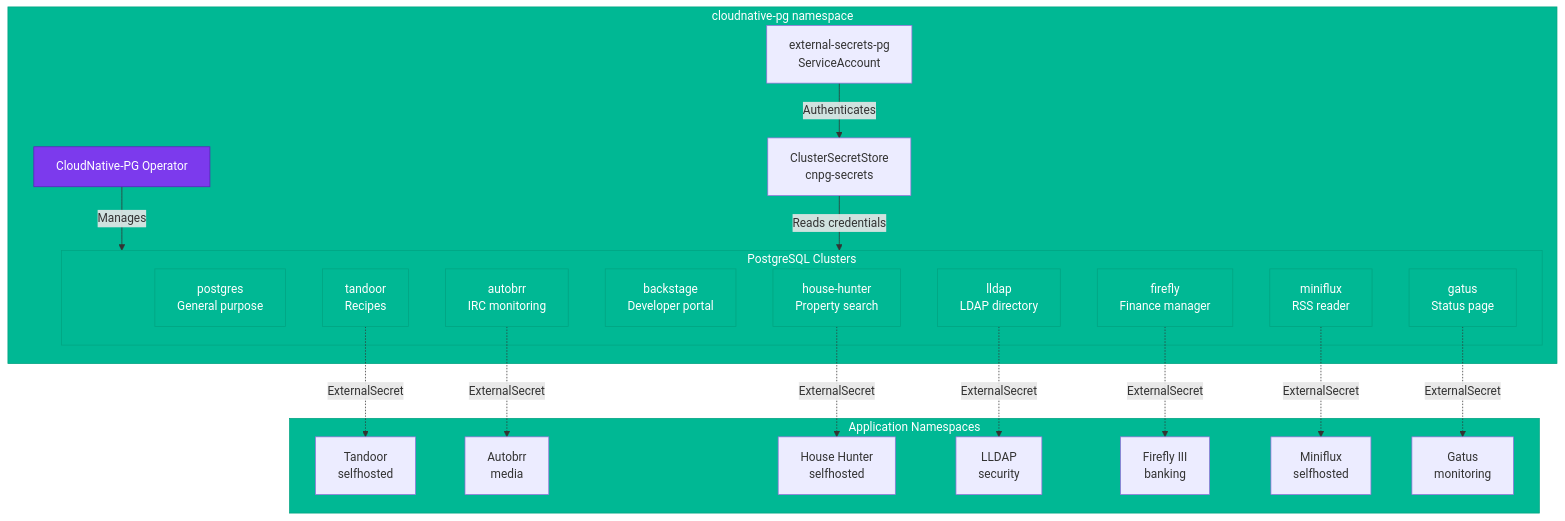
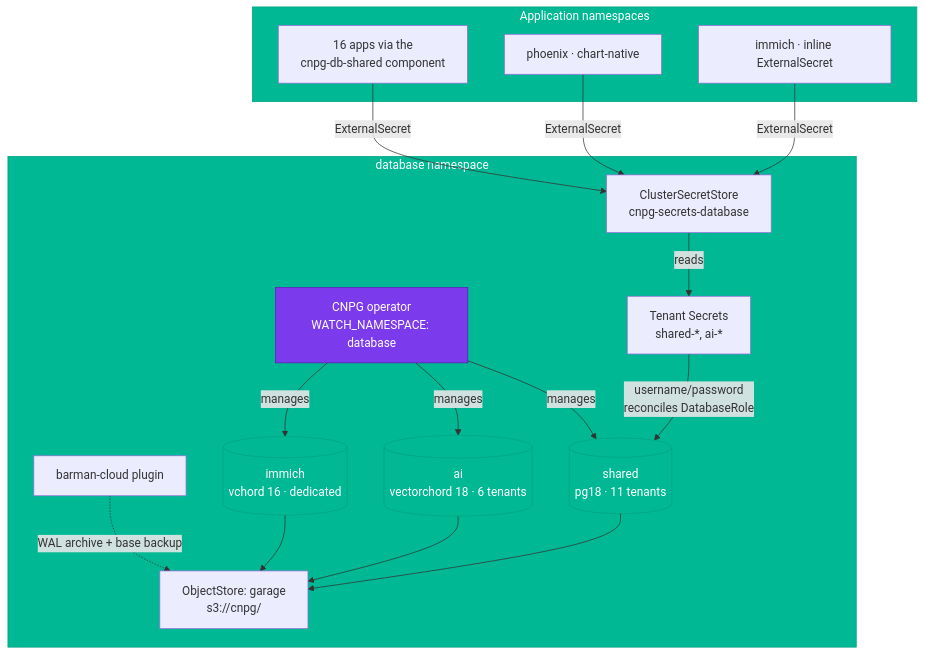
The diagram in docs/applications/databases/index.md (swibrow/home-ops), drawn with Mermaid before and after one commit. The commit also changed other lines of this file and 4 other files, not shown here.

First line of the commit message:
docs(database): rewrite the databases page; drop the orphaned cnpg-db component

````diff
--- a/docs/applications/databases/index.md
+++ b/docs/applications/databases/index.md
@@ -11,47 +23,40 @@
 ```mermaid
 flowchart TD
-    subgraph CNPG["cloudnative-pg namespace"]
-        OP[CloudNative-PG Operator]
-        CSS[ClusterSecretStore<br/>cnpg-secrets]
-        ESA[external-secrets-pg<br/>ServiceAccount]
+    subgraph DB["database namespace"]
+        OP[CNPG operator<br/>WATCH_NAMESPACE: database]
+        BARMAN[barman-cloud plugin]
+        OS[ObjectStore: garage<br/>s3://cnpg/]
+        CSS[ClusterSecretStore<br/>cnpg-secrets-database]
 
-        subgraph Clusters["PostgreSQL Clusters"]
-            PG[postgres<br/>General purpose]
-            TD[tandoor<br/>Recipes]
-            AB[autobrr<br/>IRC monitoring]
-            BS[backstage<br/>Developer portal]
-            HH[house-hunter<br/>Property search]
-            LL[lldap<br/>LDAP directory]
-            FF[firefly<br/>Finance manager]
-            MF[miniflux<br/>RSS reader]
-            GA[gatus<br/>Status page]
-        end
+        SHARED[("shared<br/>pg18 · 11 tenants")]
+        AI[("ai<br/>vectorchord 18 · 6 tenants")]
+        IMMICH[("immich<br/>vchord 16 · dedicated")]
+
+        TS[Tenant Secrets<br/>shared-*, ai-*]
     end
 
-    subgraph Apps["Application Namespaces"]
-        A1[Tandoor<br/>selfhosted]
-        A2[Autobrr<br/>media]
-        A3[House Hunter<br/>selfhosted]
-        A4[LLDAP<br/>security]
-        A5[Firefly III<br/>banking]
-        A6[Miniflux<br/>selfhosted]
-        A7[Gatus<br/>monitoring]
+    subgraph Apps["Application namespaces"]
+        A1[16 apps via the<br/>cnpg-db-shared component]
+        A2[phoenix · chart-native]
+        A3[immich · inline ExternalSecret]
     end
 
-    OP -->|Manages| Clusters
-    CSS -->|Reads credentials| Clusters
-    ESA -->|Authenticates| CSS
+    OP -->|manages| SHARED
+    OP -->|manages| AI
+    OP -->|manages| IMMICH
+    SHARED --> OS
+    AI --> OS
+    IMMICH --> OS
+    BARMAN -.->|WAL archive + base backup| OS
 
-    TD -.->|ExternalSecret| A1
-    AB -.->|ExternalSecret| A2
-    HH -.->|ExternalSecret| A3
-    LL -.->|ExternalSecret| A4
-    FF -.->|ExternalSecret| A5
-    MF -.->|ExternalSecret| A6
-    GA -.->|ExternalSecret| A7
+    TS -->|username/password<br/>reconciles DatabaseRole| SHARED
+    CSS -->|reads| TS
+    A1 -->|ExternalSecret| CSS
+    A2 -->|ExternalSecret| CSS
+    A3 -->|ExternalSecret| CSS
 
     classDef operator fill:#7c3aed,stroke:#5b21b6,color:#fff
     classDef cluster fill:#00b894,stroke:#00a381,color:#fff
     class OP operator
-    class PG,TD,AB,BS,HH,LL,FF,MF,GA cluster
+    class SHARED,AI,IMMICH cluster
 ```
````
